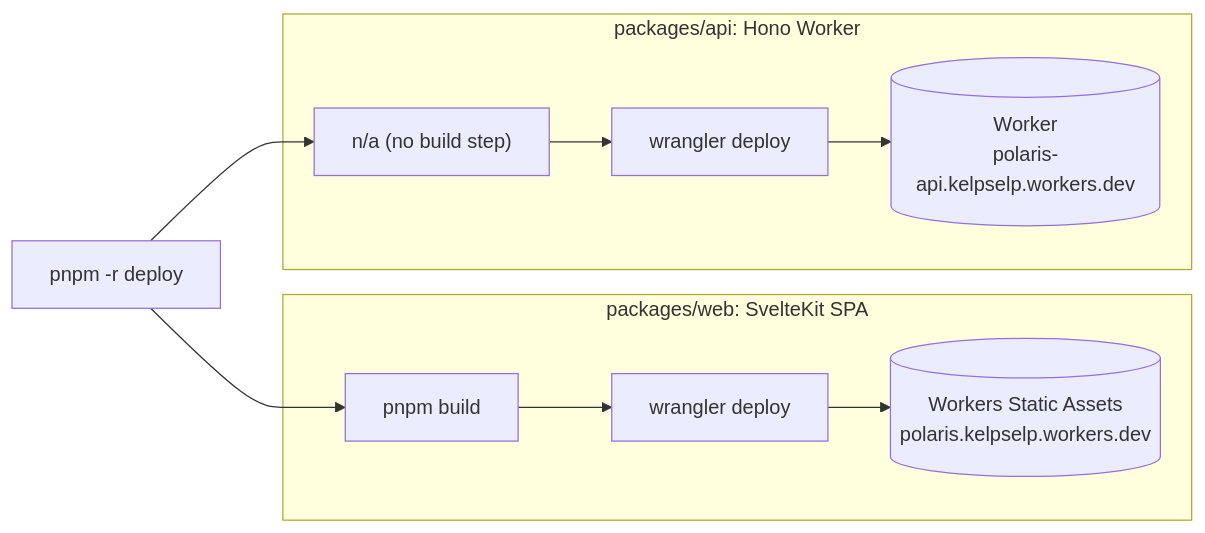
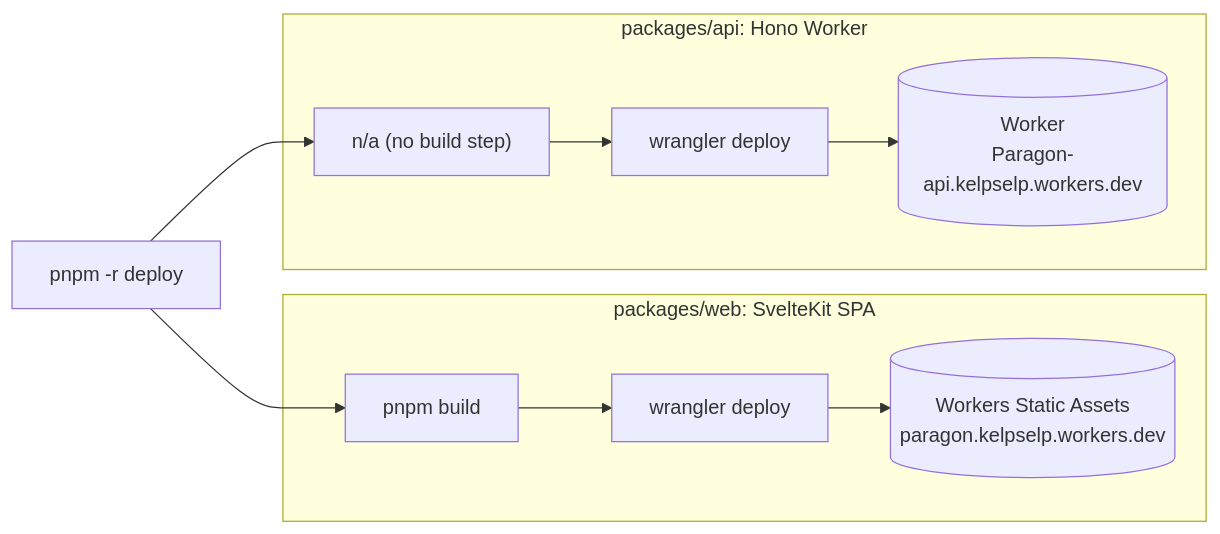
One commit to Zyxavy/Polaris changed the third of 21 diagrams in docs/system-design.md. Above: the diagram before and after it, drawn with Mermaid. The commit also changed other lines of this file and 60 other files, not shown here.

````diff
--- a/docs/system-design.md
+++ b/docs/system-design.md
@@ -149,17 +149,17 @@
 ```mermaid
 flowchart LR
     subgraph Web["packages/web: SvelteKit SPA"]
         WBuild["pnpm build"]
         WDeploy["wrangler deploy"]
-        WS[("Workers Static Assets<br/>polaris.kelpselp.workers.dev")]
+        WS[("Workers Static Assets<br/>paragon.kelpselp.workers.dev")]
     end
 
     subgraph API["packages/api: Hono Worker"]
         ABuild["n/a (no build step)"]
         ADeploy["wrangler deploy"]
-        AS[("Worker<br/>polaris-api.kelpselp.workers.dev")]
+        AS[("Worker<br/>Paragon-api.kelpselp.workers.dev")]
     end
 
     Root["pnpm -r deploy"] --> WBuild --> WDeploy --> WS
     Root --> ABuild --> ADeploy --> AS
 ```
````
